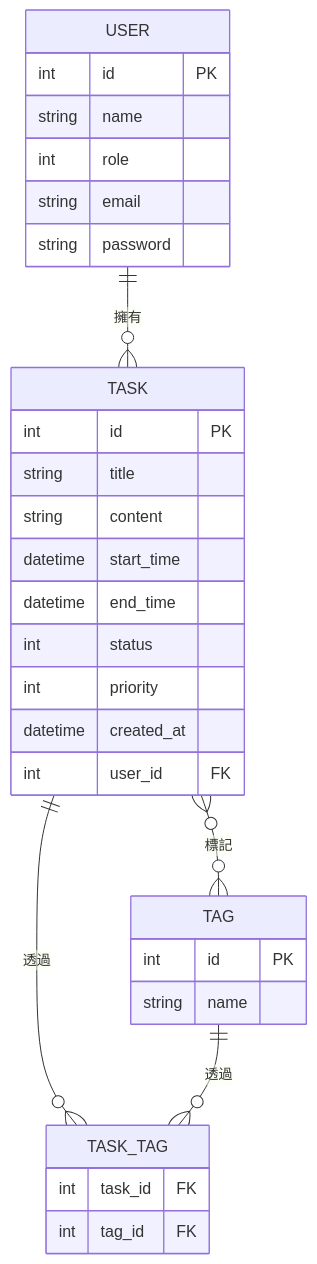
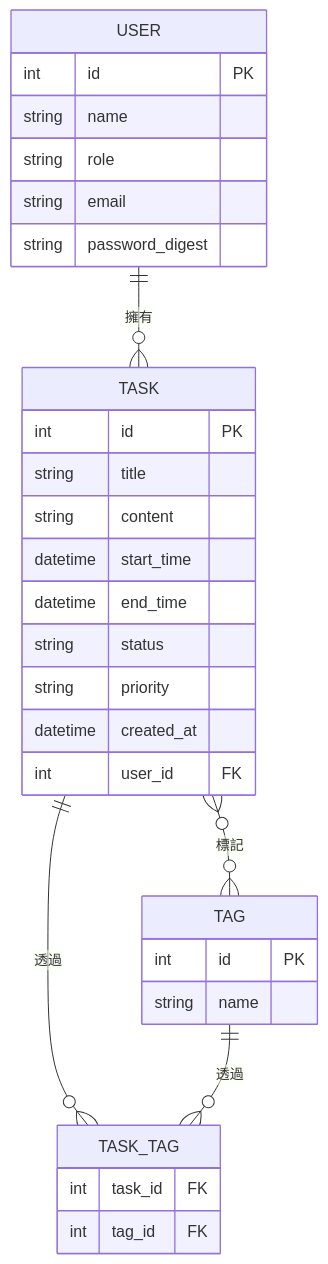
One commit to Vevila-o/jobmaster-backend changed the diagram in README.md. Above: the diagram before and after it, drawn with Mermaid. The commit also changed other lines of this file and 7 other files, not shown here.

````diff
--- a/README.md
+++ b/README.md
@@ -19,37 +19,37 @@
 ```mermaid
 erDiagram
     USER ||--o{ TASK : "擁有"
     TASK }o--o{ TAG : "標記"
     TASK ||--o{ TASK_TAG : "透過"
     TAG ||--o{ TASK_TAG : "透過"
  
     USER {
         int id PK
         string name
-        int role
+        string role
         string email
-        string password
+        string password_digest
     }
  
     TASK {
         int id PK
         string title
         string content
         datetime start_time
         datetime end_time
-        int status
-        int priority
+        string status
+        string priority
         datetime created_at
         int user_id FK
     }
  
     TAG {
         int id PK
         string name
     }
  
     TASK_TAG {
         int task_id FK
         int tag_id FK
     }
 ```
````
